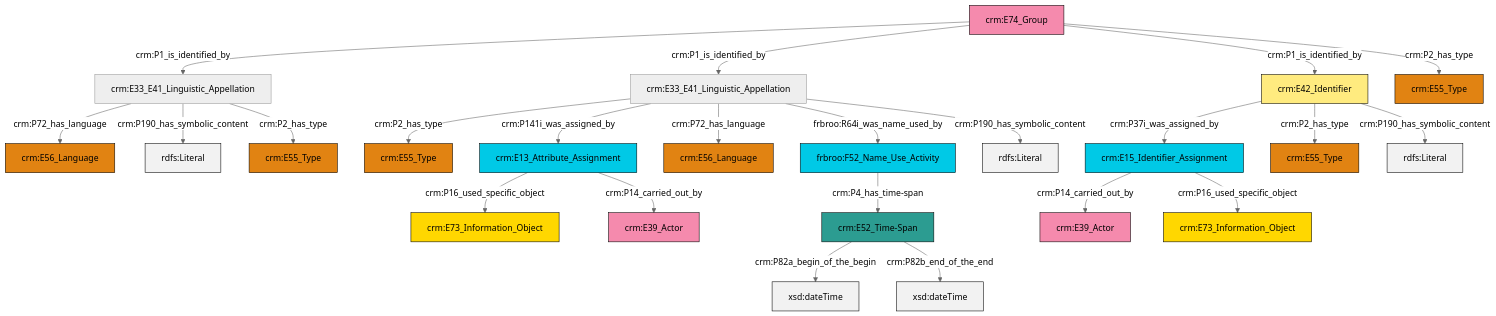
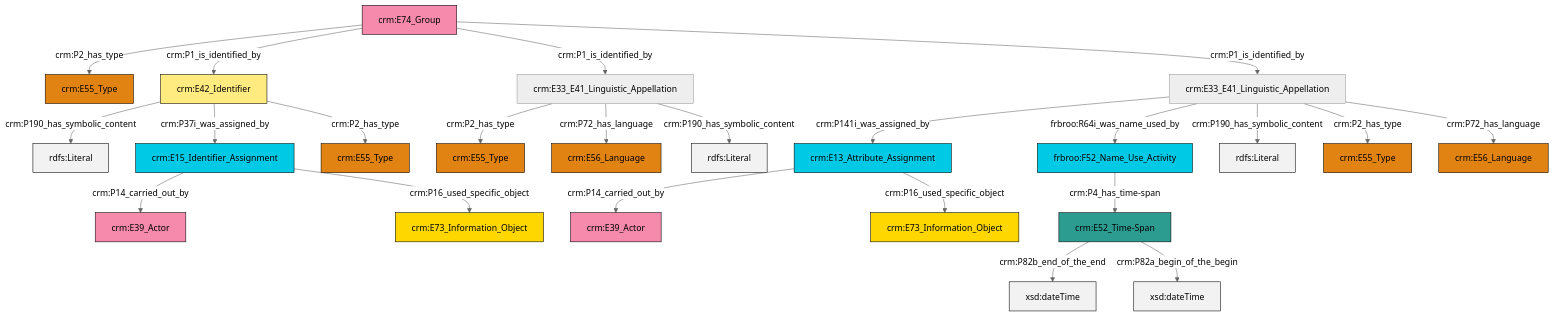
Before and after one commit to swiss-art-research-net/docs.swissartresearch: the diagram in et/groupCSV/ttl/mmd/group_name.ttl.mmd, drawn with Mermaid (neutral theme). The commit also changed 178 other files, not shown here.

```diff
--- a/et/groupCSV/ttl/mmd/group_name.ttl.mmd
+++ b/et/groupCSV/ttl/mmd/group_name.ttl.mmd
@@ -1,37 +1,37 @@
 graph TD
 classDef Literal fill:#f2f2f2,stroke:#000000;
 classDef CRM_Entity fill:#FFFFFF,stroke:#000000;
 classDef Temporal_Entity fill:#00C9E6, stroke:#000000;
 classDef Type fill:#E18312, stroke:#000000;
 classDef Time-Span fill:#2C9C91, stroke:#000000;
 classDef Appellation fill:#FFEB7F, stroke:#000000;
 classDef Place fill:#008836, stroke:#000000;
 classDef Persistent_Item fill:#B266B2, stroke:#000000;
 classDef Conceptual_Object fill:#FFD700, stroke:#000000;
 classDef Physical_Thing fill:#D2B48C, stroke:#000000;
 classDef Actor fill:#f58aad, stroke:#000000;
 classDef PC_Classes fill:#4ce600, stroke:#000000;
 classDef Multi fill:#cccccc,stroke:#000000;
 
-0["crm:E33_E41_Linguistic_Appellation"]:::Default -->|crm:P72_has_language| 1["crm:E56_Language"]:::Type
-4["crm:E52_Time-Span"]:::Time-Span -->|crm:P82a_begin_of_the_begin| 5[xsd:dateTime]:::Literal
-4["crm:E52_Time-Span"]:::Time-Span -->|crm:P82b_end_of_the_end| 6[xsd:dateTime]:::Literal
-7["crm:E15_Identifier_Assignment"]:::Temporal_Entity -->|crm:P14_carried_out_by| 8["crm:E39_Actor"]:::Actor
-9["crm:E42_Identifier"]:::Appellation -->|crm:P37i_was_assigned_by| 7["crm:E15_Identifier_Assignment"]:::Temporal_Entity
-11["crm:E33_E41_Linguistic_Appellation"]:::Default -->|crm:P2_has_type| 12["crm:E55_Type"]:::Type
-9["crm:E42_Identifier"]:::Appellation -->|crm:P2_has_type| 14["crm:E55_Type"]:::Type
-11["crm:E33_E41_Linguistic_Appellation"]:::Default -->|crm:P141i_was_assigned_by| 15["crm:E13_Attribute_Assignment"]:::Temporal_Entity
-0["crm:E33_E41_Linguistic_Appellation"]:::Default -->|crm:P190_has_symbolic_content| 18[rdfs:Literal]:::Literal
-15["crm:E13_Attribute_Assignment"]:::Temporal_Entity -->|crm:P16_used_specific_object| 19["crm:E73_Information_Object"]:::Conceptual_Object
-11["crm:E33_E41_Linguistic_Appellation"]:::Default -->|crm:P72_has_language| 23["crm:E56_Language"]:::Type
-24["crm:E74_Group"]:::Actor -->|crm:P1_is_identified_by| 0["crm:E33_E41_Linguistic_Appellation"]:::Default
-9["crm:E42_Identifier"]:::Appellation -->|crm:P190_has_symbolic_content| 25[rdfs:Literal]:::Literal
-11["crm:E33_E41_Linguistic_Appellation"]:::Default -->|frbroo:R64i_was_name_used_by| 27["frbroo:F52_Name_Use_Activity"]:::Temporal_Entity
-24["crm:E74_Group"]:::Actor -->|crm:P1_is_identified_by| 11["crm:E33_E41_Linguistic_Appellation"]:::Default
-24["crm:E74_Group"]:::Actor -->|crm:P1_is_identified_by| 9["crm:E42_Identifier"]:::Appellation
-15["crm:E13_Attribute_Assignment"]:::Temporal_Entity -->|crm:P14_carried_out_by| 36["crm:E39_Actor"]:::Actor
-24["crm:E74_Group"]:::Actor -->|crm:P2_has_type| 21["crm:E55_Type"]:::Type
-7["crm:E15_Identifier_Assignment"]:::Temporal_Entity -->|crm:P16_used_specific_object| 32["crm:E73_Information_Object"]:::Conceptual_Object
-27["frbroo:F52_Name_Use_Activity"]:::Temporal_Entity -->|crm:P4_has_time-span| 4["crm:E52_Time-Span"]:::Time-Span
-11["crm:E33_E41_Linguistic_Appellation"]:::Default -->|crm:P190_has_symbolic_content| 38[rdfs:Literal]:::Literal
-0["crm:E33_E41_Linguistic_Appellation"]:::Default -->|crm:P2_has_type| 2["crm:E55_Type"]:::Type
+0["crm:E52_Time-Span"]:::Time-Span -->|crm:P82b_end_of_the_end| 1[xsd:dateTime]:::Literal
+4["crm:E33_E41_Linguistic_Appellation"]:::Default -->|crm:P2_has_type| 2["crm:E55_Type"]:::Type
+5["crm:E74_Group"]:::Actor -->|crm:P2_has_type| 6["crm:E55_Type"]:::Type
+7["crm:E33_E41_Linguistic_Appellation"]:::Default -->|crm:P141i_was_assigned_by| 8["crm:E13_Attribute_Assignment"]:::Temporal_Entity
+12["frbroo:F52_Name_Use_Activity"]:::Temporal_Entity -->|crm:P4_has_time-span| 0["crm:E52_Time-Span"]:::Time-Span
+5["crm:E74_Group"]:::Actor -->|crm:P1_is_identified_by| 13["crm:E42_Identifier"]:::Appellation
+13["crm:E42_Identifier"]:::Appellation -->|crm:P190_has_symbolic_content| 19[rdfs:Literal]:::Literal
+7["crm:E33_E41_Linguistic_Appellation"]:::Default -->|frbroo:R64i_was_name_used_by| 12["frbroo:F52_Name_Use_Activity"]:::Temporal_Entity
+16["crm:E15_Identifier_Assignment"]:::Temporal_Entity -->|crm:P14_carried_out_by| 20["crm:E39_Actor"]:::Actor
+7["crm:E33_E41_Linguistic_Appellation"]:::Default -->|crm:P190_has_symbolic_content| 30[rdfs:Literal]:::Literal
+4["crm:E33_E41_Linguistic_Appellation"]:::Default -->|crm:P72_has_language| 25["crm:E56_Language"]:::Type
+4["crm:E33_E41_Linguistic_Appellation"]:::Default -->|crm:P190_has_symbolic_content| 31[rdfs:Literal]:::Literal
+13["crm:E42_Identifier"]:::Appellation -->|crm:P37i_was_assigned_by| 16["crm:E15_Identifier_Assignment"]:::Temporal_Entity
+0["crm:E52_Time-Span"]:::Time-Span -->|crm:P82a_begin_of_the_begin| 36[xsd:dateTime]:::Literal
+16["crm:E15_Identifier_Assignment"]:::Temporal_Entity -->|crm:P16_used_specific_object| 37["crm:E73_Information_Object"]:::Conceptual_Object
+8["crm:E13_Attribute_Assignment"]:::Temporal_Entity -->|crm:P14_carried_out_by| 32["crm:E39_Actor"]:::Actor
+7["crm:E33_E41_Linguistic_Appellation"]:::Default -->|crm:P2_has_type| 22["crm:E55_Type"]:::Type
+13["crm:E42_Identifier"]:::Appellation -->|crm:P2_has_type| 9["crm:E55_Type"]:::Type
+5["crm:E74_Group"]:::Actor -->|crm:P1_is_identified_by| 4["crm:E33_E41_Linguistic_Appellation"]:::Default
+7["crm:E33_E41_Linguistic_Appellation"]:::Default -->|crm:P72_has_language| 28["crm:E56_Language"]:::Type
+5["crm:E74_Group"]:::Actor -->|crm:P1_is_identified_by| 7["crm:E33_E41_Linguistic_Appellation"]:::Default
+8["crm:E13_Attribute_Assignment"]:::Temporal_Entity -->|crm:P16_used_specific_object| 14["crm:E73_Information_Object"]:::Conceptual_Object
```
